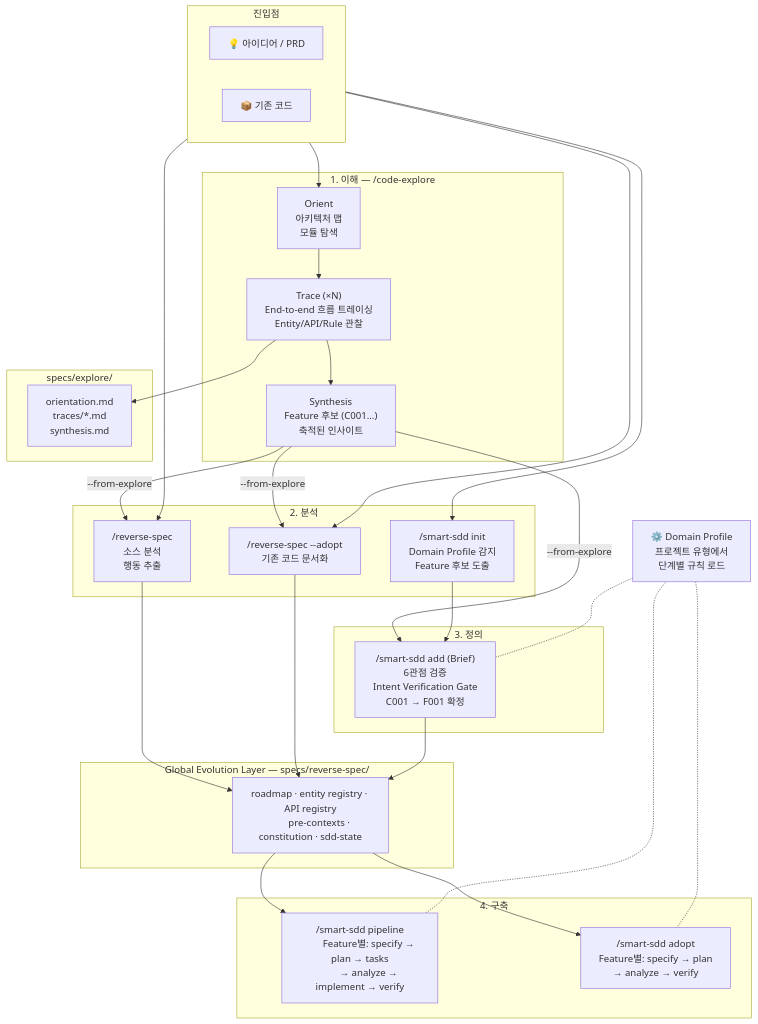
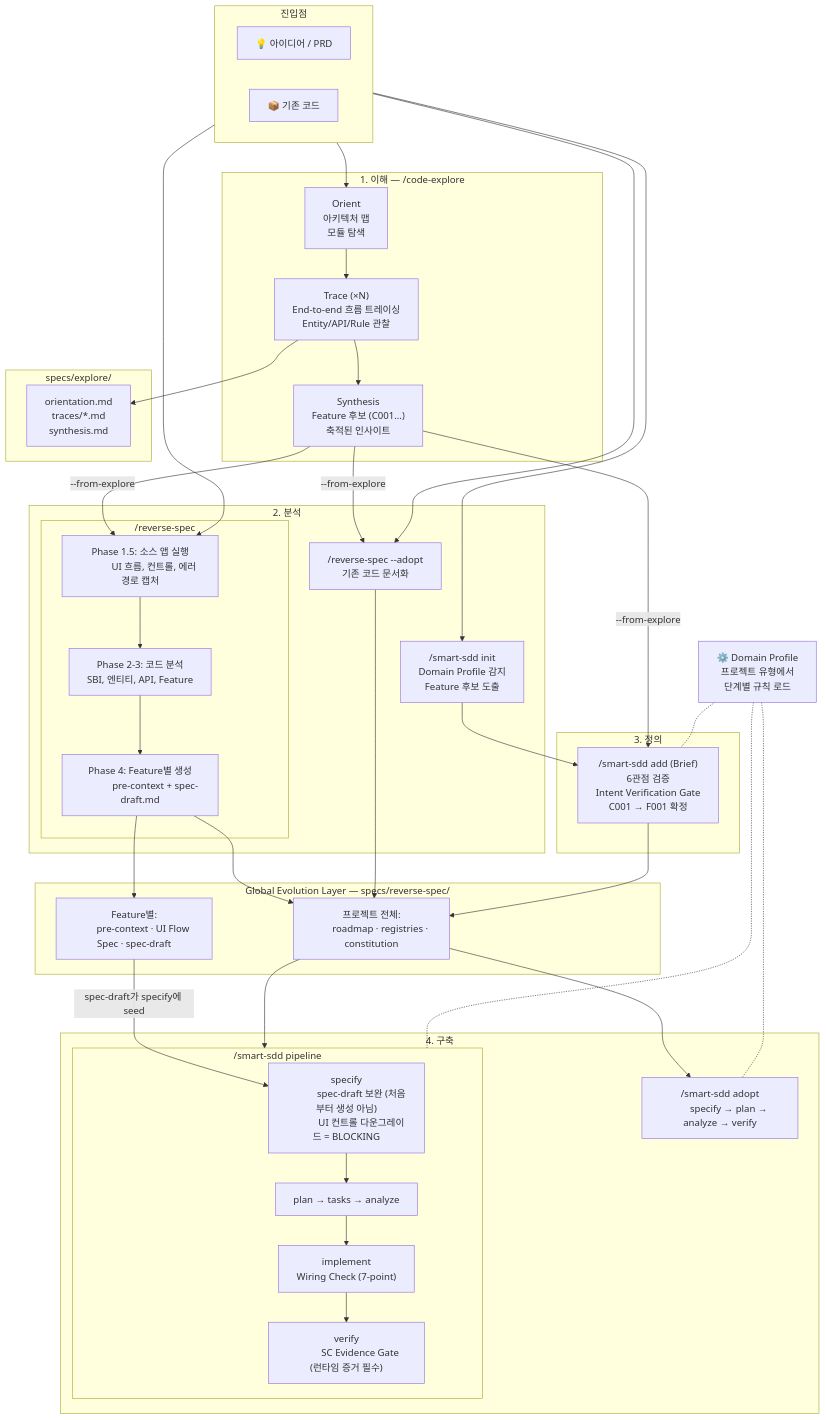
The diagram in README.ko.md (coolhero/spec-kit-skills), drawn with Mermaid before and after one commit. The commit also changed other lines of this file and 1 other file, not shown here.

Commit message:
Architecture diagram: add spec-draft flow + runtime exploration + pipeline detail
Both READMEs — the single remaining Mermaid diagram now shows:
- reverse-spec internal phases: Run source app → Code analysis → spec-draft
- GEL split: project-wide (roadmap/registries) + per-Feature (pre-context/spec-draft)
- Pipeline detail: specify refines spec-draft, Wiring Check, SC Evidence Gate
- spec-draft → specify seed connection explicitly drawn
- Description updated to explain Artifact Separation

````diff
--- a/README.ko.md
+++ b/README.ko.md
@@ -254,9 +254,17 @@
         INIT["/smart-sdd init
         Domain Profile 감지
         Feature 후보 도출"]
-        RS["/reverse-spec
-        소스 분석
-        행동 추출"]
+
+        subgraph rs_detail["/reverse-spec"]
+            RS_RUN["Phase 1.5: 소스 앱 실행
+            UI 흐름, 컨트롤, 에러 경로 캡처"]
+            RS_CODE["Phase 2-3: 코드 분석
+            SBI, 엔티티, API, Feature"]
+            RS_DRAFT["Phase 4: Feature별 생성
+            pre-context + spec-draft.md"]
+            RS_RUN --> RS_CODE --> RS_DRAFT
+        end
+
         ADOPT_RS["/reverse-spec --adopt
         기존 코드 문서화"]
     end
@@ -269,17 +277,26 @@
     end
 
     subgraph gel["Global Evolution Layer — specs/reverse-spec/"]
-        GEL["roadmap · entity registry · API registry
-        pre-contexts · constitution · sdd-state"]
+        GEL_PROJ["프로젝트 전체:
+        roadmap · registries · constitution"]
+        GEL_FEAT["Feature별:
+        pre-context · UI Flow Spec · spec-draft"]
     end
 
     subgraph build["4. 구축"]
-        PIPELINE["/smart-sdd pipeline
-        Feature별: specify → plan → tasks
-        → analyze → implement → verify"]
+        subgraph pipeline_detail["/smart-sdd pipeline"]
+            SPECIFY["specify
+            spec-draft 보완 (처음부터 생성 아님)
+            UI 컨트롤 다운그레이드 = BLOCKING"]
+            PLAN["plan → tasks → analyze"]
+            IMPL["implement
+            Wiring Check (7-point)"]
+            VERIFY["verify
+            SC Evidence Gate (런타임 증거 필수)"]
+            SPECIFY --> PLAN --> IMPL --> VERIFY
+        end
         ADOPT_P["/smart-sdd adopt
-        Feature별: specify → plan
-        → analyze → verify"]
+        specify → plan → analyze → verify"]
     end
 
     DP["⚙️ Domain Profile
@@ -290,19 +307,21 @@
     CE_TRACE --> EO
     IDEA --> INIT
 
-    CE_SYNTH -- "--from-explore" --> RS
+    CE_SYNTH -- "--from-explore" --> RS_RUN
     CE_SYNTH -- "--from-explore" --> ADD
     CE_SYNTH -- "--from-explore" --> ADOPT_RS
 
-    CODE --> RS
+    CODE --> RS_RUN
     CODE --> ADOPT_RS
     INIT --> ADD
-    RS --> GEL
-    ADOPT_RS --> GEL
-    ADD --> GEL
-    GEL --> PIPELINE
-    GEL --> ADOPT_P
-    DP -.- PIPELINE
+    RS_DRAFT --> GEL_PROJ
+    RS_DRAFT --> GEL_FEAT
+    ADOPT_RS --> GEL_PROJ
+    ADD --> GEL_PROJ
+    GEL_FEAT -- "spec-draft가 specify에 seed" --> SPECIFY
+    GEL_PROJ --> pipeline_detail
+    GEL_PROJ --> ADOPT_P
+    DP -.- pipeline_detail
     DP -.- ADOPT_P
     DP -.- ADD
 ```
````
